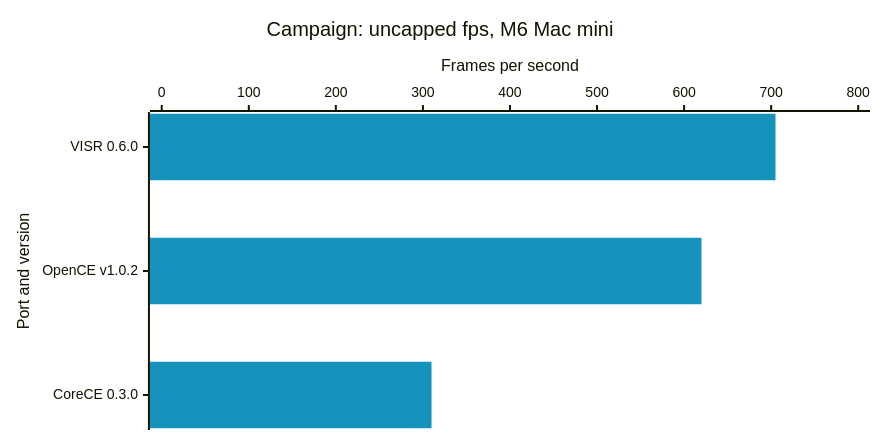
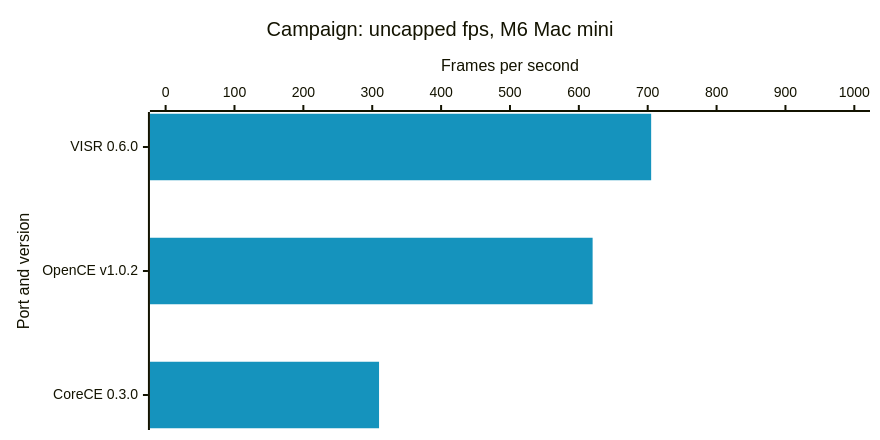
Before and after one commit to steverice/halo-ce-ios: the first of 4 diagrams in docs/benchmarks.md, drawn with Mermaid. The commit also changed other lines of this file and 9 other files, not shown here.

````diff
--- a/docs/benchmarks.md
+++ b/docs/benchmarks.md
@@ -17,16 +17,16 @@
 ```mermaid
 ---
 config:
   xyChart:
     width: 860
     height: 420
   themeVariables:
     xyChart:
       plotColorPalette: "#1593bd, #c8870a"
 ---
 xychart-beta horizontal
     title "Campaign: uncapped fps, M6 Mac mini"
     x-axis "Port and version" ["VISR 0.6.0", "OpenCE v1.0.2", "CoreCE 0.3.0"]
-    y-axis "Frames per second" 0 --> 800
+    y-axis "Frames per second" 0 --> 1000
     bar [705, 620, 309.9]
 ```
````
